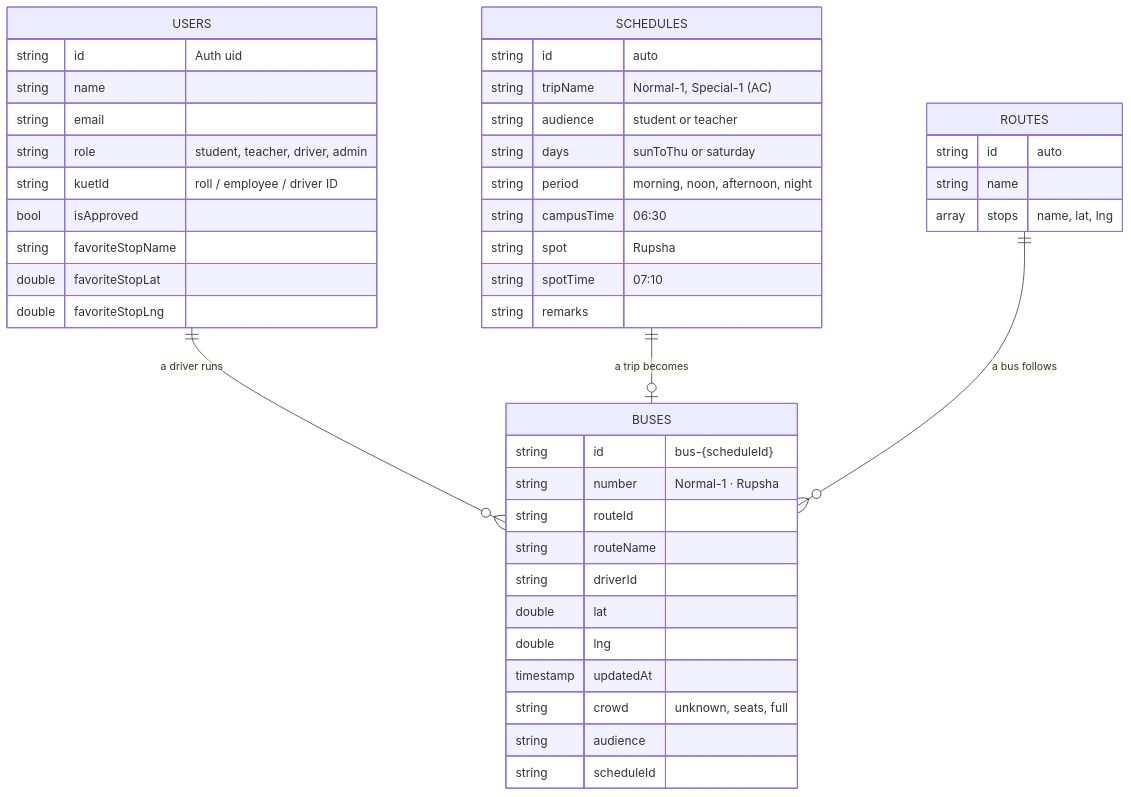
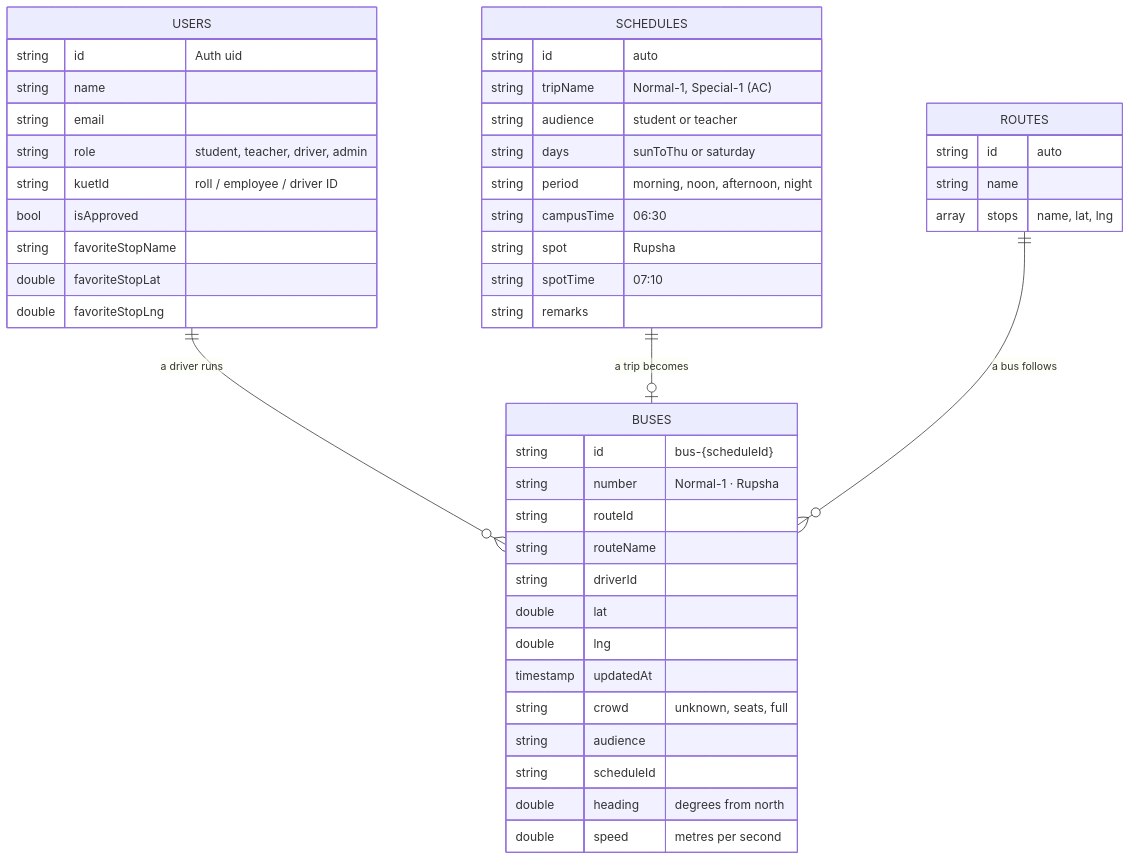
Before and after one commit to shadowfax-505/KUETBusLive: diagram 15 of 18 in README.md, drawn with Mermaid. The commit also changed other lines of this file, not shown here.

````diff
--- a/README.md
+++ b/README.md
@@ -537,47 +602,49 @@
 ```mermaid
 erDiagram
     USERS {
         string id "Auth uid"
         string name
         string email
         string role "student, teacher, driver, admin"
         string kuetId "roll / employee / driver ID"
         bool isApproved
         string favoriteStopName
         double favoriteStopLat
         double favoriteStopLng
     }
     SCHEDULES {
         string id "auto"
         string tripName "Normal-1, Special-1 (AC)"
         string audience "student or teacher"
         string days "sunToThu or saturday"
         string period "morning, noon, afternoon, night"
         string campusTime "06:30"
         string spot "Rupsha"
         string spotTime "07:10"
         string remarks
     }
     ROUTES {
         string id "auto"
         string name
         array stops "name, lat, lng"
     }
     BUSES {
         string id "bus-{scheduleId}"
         string number "Normal-1 · Rupsha"
         string routeId
         string routeName
         string driverId
         double lat
         double lng
         timestamp updatedAt
         string crowd "unknown, seats, full"
         string audience
         string scheduleId
+        double heading "degrees from north"
+        double speed "metres per second"
     }
 
     USERS ||--o{ BUSES : "a driver runs"
     SCHEDULES ||--o| BUSES : "a trip becomes"
     ROUTES ||--o{ BUSES : "a bus follows"
 ```
````
